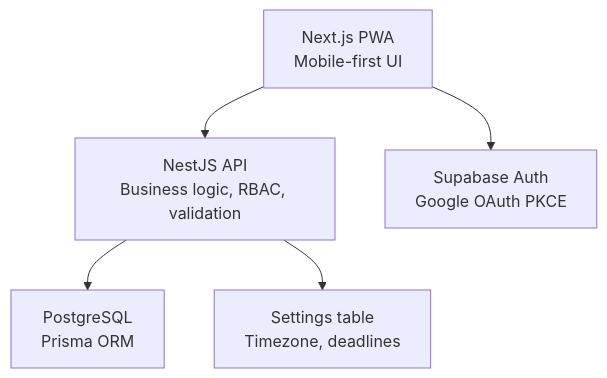
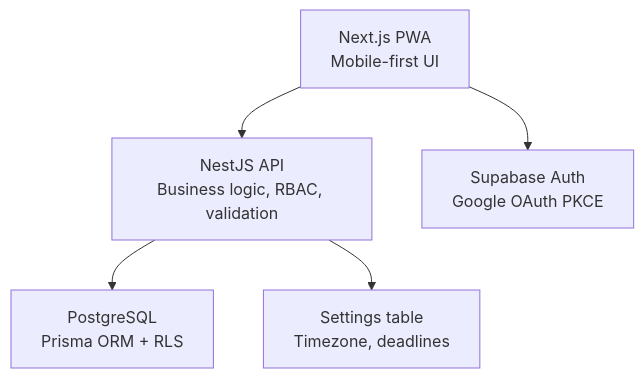
Before and after one commit to epo33m/scheduling: the first of 7 diagrams in .qoder/repowiki/en/content/Technical Architecture/Security & Authentication.md, drawn with Mermaid. The commit also changed other lines of this file and 46 other files, not shown here.

````diff
--- a/.qoder/repowiki/en/content/Technical Architecture/Security & Authentication.md
+++ b/.qoder/repowiki/en/content/Technical Architecture/Security & Authentication.md
@@ -37,7 +73,7 @@
 ```mermaid
 graph TB
 Client["Next.js PWA<br/>Mobile-first UI"] --> API["NestJS API<br/>Business logic, RBAC, validation"]
 Client --> Auth["Supabase Auth<br/>Google OAuth PKCE"]
-API --> DB["PostgreSQL<br/>Prisma ORM"]
+API --> DB["PostgreSQL<br/>Prisma ORM + RLS"]
 API --> Settings["Settings table<br/>Timezone, deadlines"]
 ```
````
